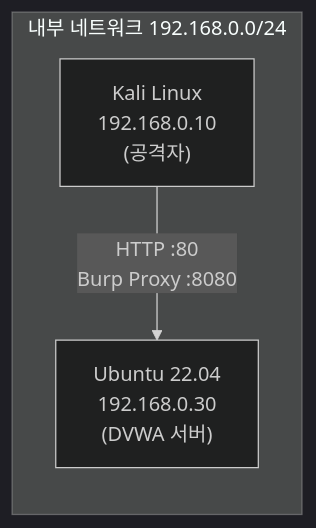
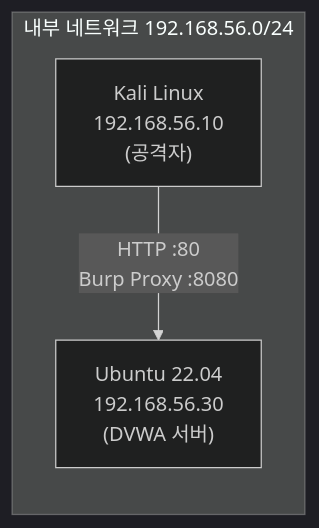
Before and after one commit to sbaek100/sbaek100.github.io: the first of 2 diagrams in _posts/1.응용강의/websecurity/2026-06-01-websec-00-dvwa-setup.md, drawn with Mermaid (dark theme). The commit also changed other lines of this file and 518 other files, not shown here.

````diff
--- a/_posts/1.응용강의/websecurity/2026-06-01-websec-00-dvwa-setup.md
+++ b/_posts/1.응용강의/websecurity/2026-06-01-websec-00-dvwa-setup.md
@@ -110,8 +126,8 @@
 ```mermaid
 graph LR
-    subgraph "내부 네트워크 192.168.0.0/24"
-        K["Kali Linux</br>192.168.0.10</br>(공격자)"]
-        U["Ubuntu 22.04</br>192.168.0.30</br>(DVWA 서버)"]
+    subgraph "내부 네트워크 192.168.56.0/24"
+        K["Kali Linux</br>192.168.56.10</br>(공격자)"]
+        U["Ubuntu 22.04</br>192.168.56.30</br>(DVWA 서버)"]
         K -- "HTTP :80</br>Burp Proxy :8080" --> U
     end
 ```
````
